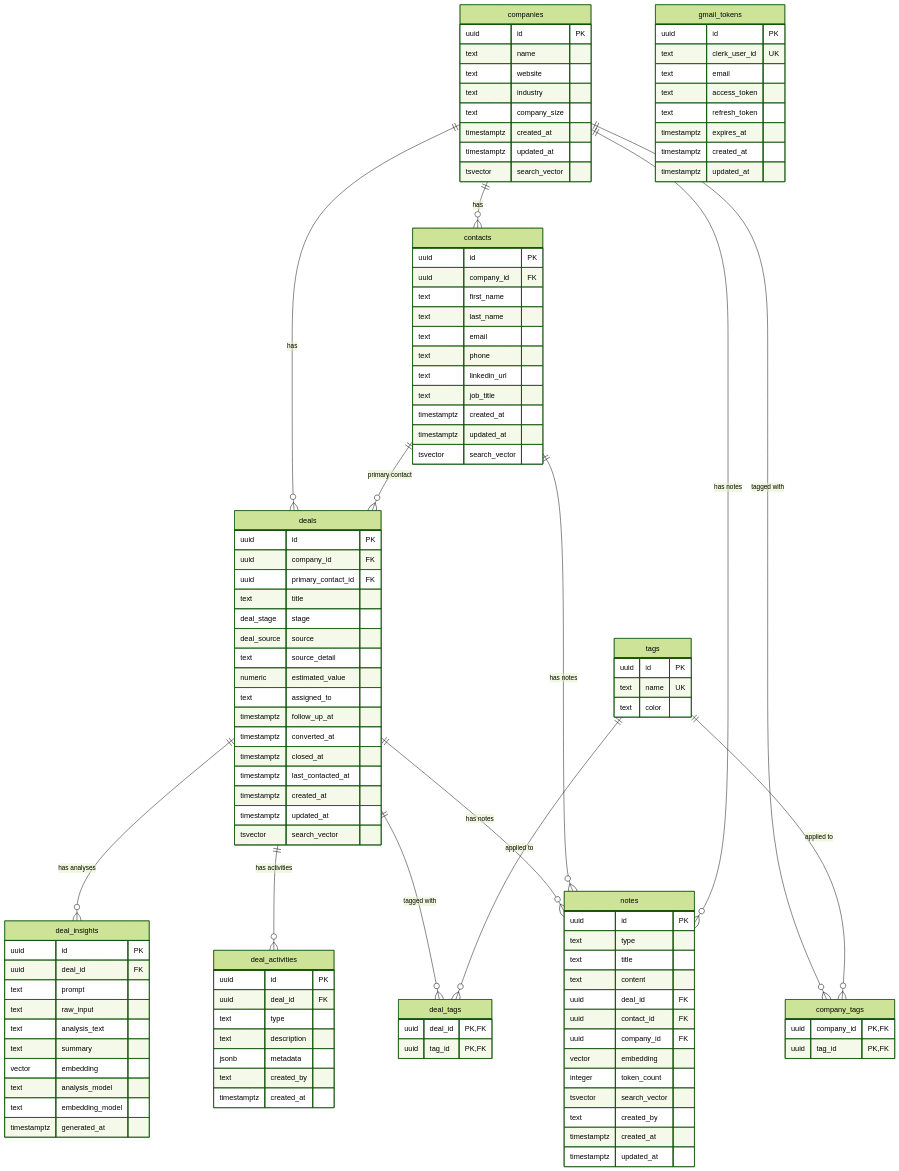
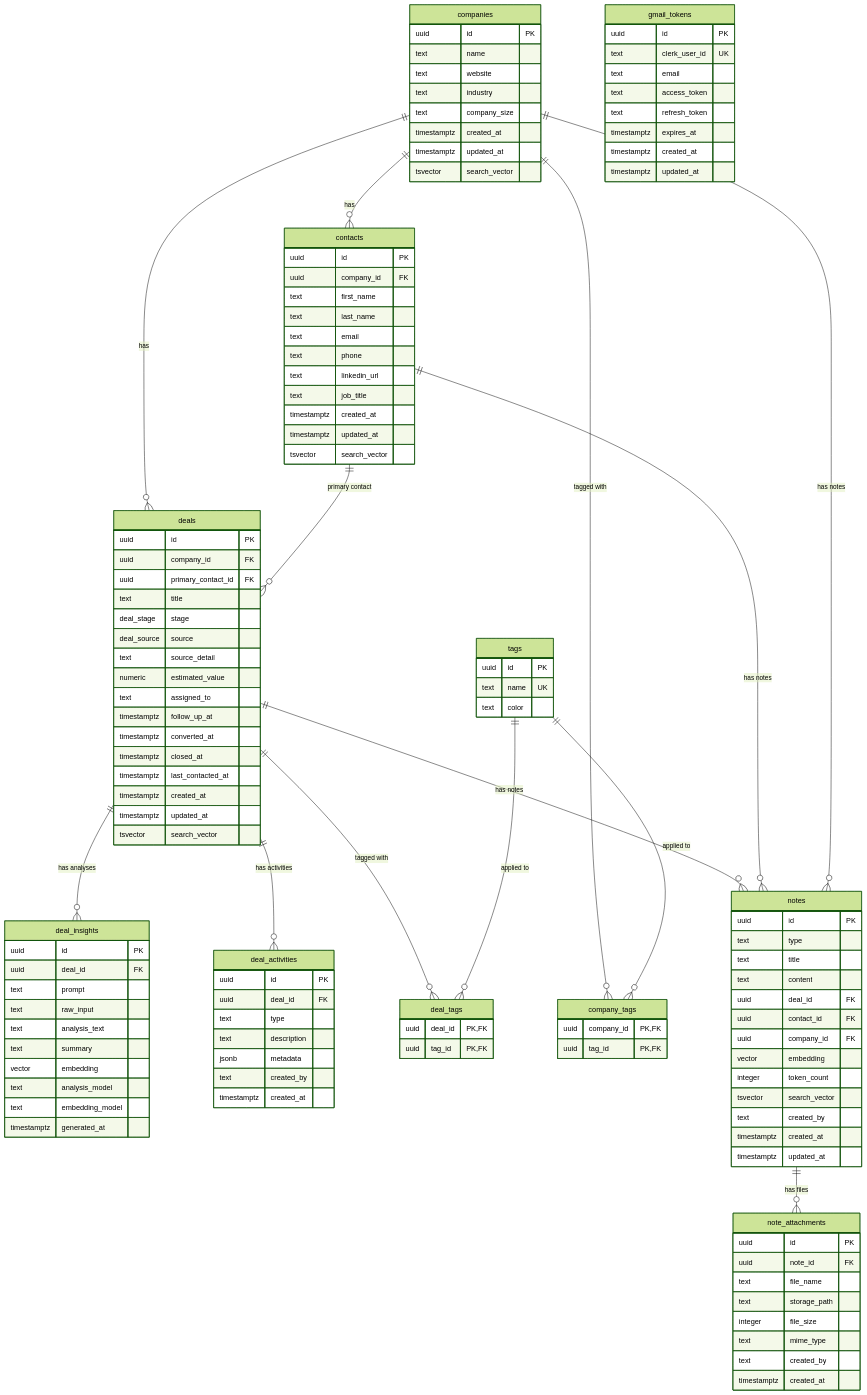
The diagram in docs/data-model.md (wenindoubt/admin.wenindoubt.com), drawn with Mermaid (forest theme) before and after one commit. The commit also changed other lines of this file and 5 other files, not shown here.

````diff
--- a/docs/data-model.md
+++ b/docs/data-model.md
@@ -94,6 +94,16 @@
         timestamptz created_at
         timestamptz updated_at
     }
+    note_attachments {
+        uuid id PK
+        uuid note_id FK
+        text file_name
+        text storage_path
+        integer file_size
+        text mime_type
+        text created_by
+        timestamptz created_at
+    }
     gmail_tokens {
         uuid id PK
         text clerk_user_id UK
@@ -117,4 +127,5 @@
     deals ||--o{ notes : "has notes"
     contacts ||--o{ notes : "has notes"
     companies ||--o{ notes : "has notes"
+    notes ||--o{ note_attachments : "has files"
 ```
````
